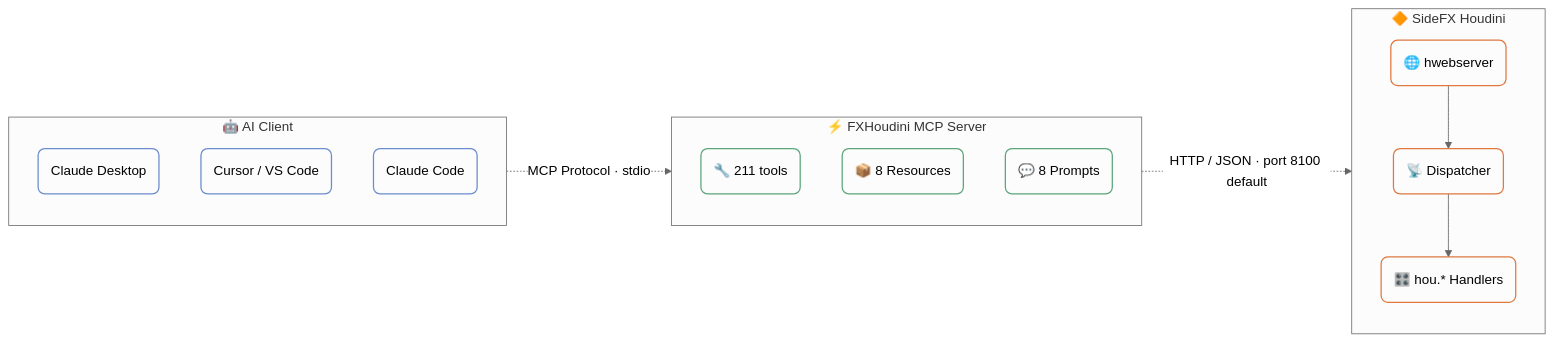
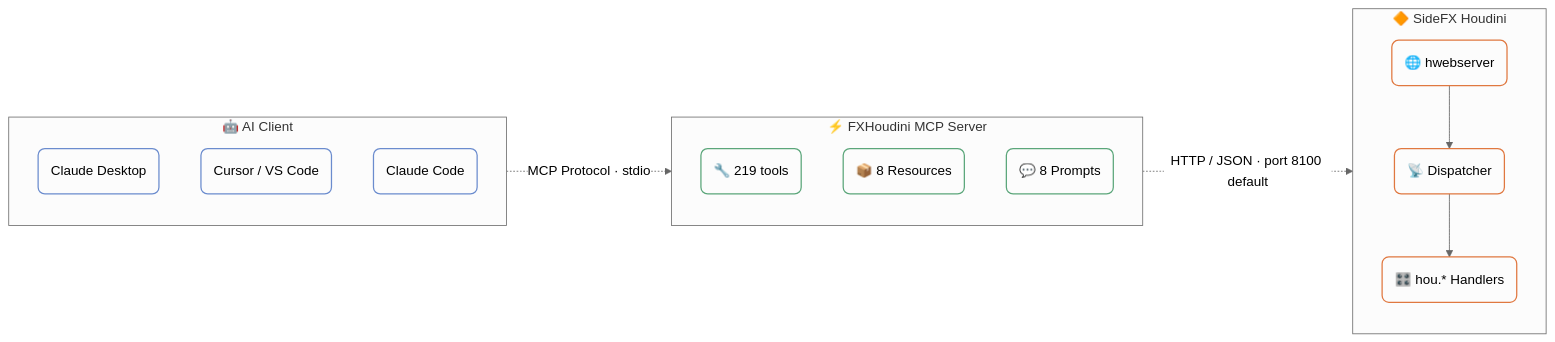
One commit to rossgeorgia0430-cyber/fxhoudinimcp-windows-agents changed the diagram in docs/index.md. Above: the diagram before and after it, drawn with Mermaid (neutral theme). The commit also changed other lines of this file and 26 other files, not shown here.

First line of the commit message:
Add mesh, motion, and file diagnostics; fix flipbook sequences (now 219)

````diff
--- a/docs/index.md
+++ b/docs/index.md
@@ -40,35 +40,35 @@
 ```mermaid
 flowchart LR
     subgraph Client[" 🤖 AI Client "]
         direction TB
         A1("Claude Desktop")
         A2("Cursor / VS Code")
         A3("Claude Code")
     end
 
     subgraph MCP[" ⚡ FXHoudini MCP Server "]
         direction TB
-        B1("🔧 211 tools")
+        B1("🔧 219 tools")
         B2("📦 8 Resources")
         B3("💬 8 Prompts")
     end
 
     subgraph Houdini[" 🔶 SideFX Houdini "]
         direction TB
         C1("🌐 hwebserver")
         C2("📡 Dispatcher")
         C3("🎛️ hou.* Handlers")
         C1 --> C2 --> C3
     end
 
     Client -. "MCP Protocol · stdio" .-> MCP
     MCP -. "HTTP / JSON · port 8100 default" .-> Houdini
 
     classDef clientNode fill:transparent,stroke:#6b8cce,stroke-width:1.5px,rx:8,ry:8
     classDef mcpNode fill:transparent,stroke:#5ba67a,stroke-width:1.5px,rx:8,ry:8
     classDef houdiniNode fill:transparent,stroke:#e07840,stroke-width:1.5px,rx:8,ry:8
 
     class A1,A2,A3 clientNode
     class B1,B2,B3 mcpNode
     class C1,C2,C3 houdiniNode
 ```
````
